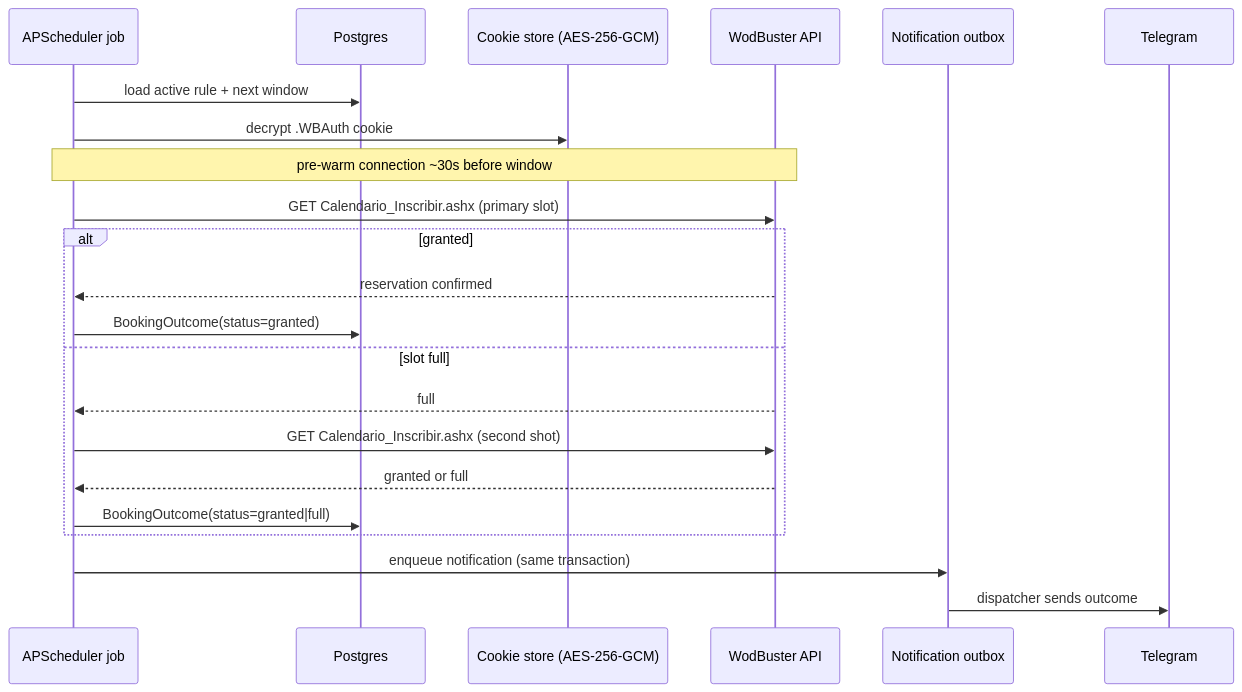
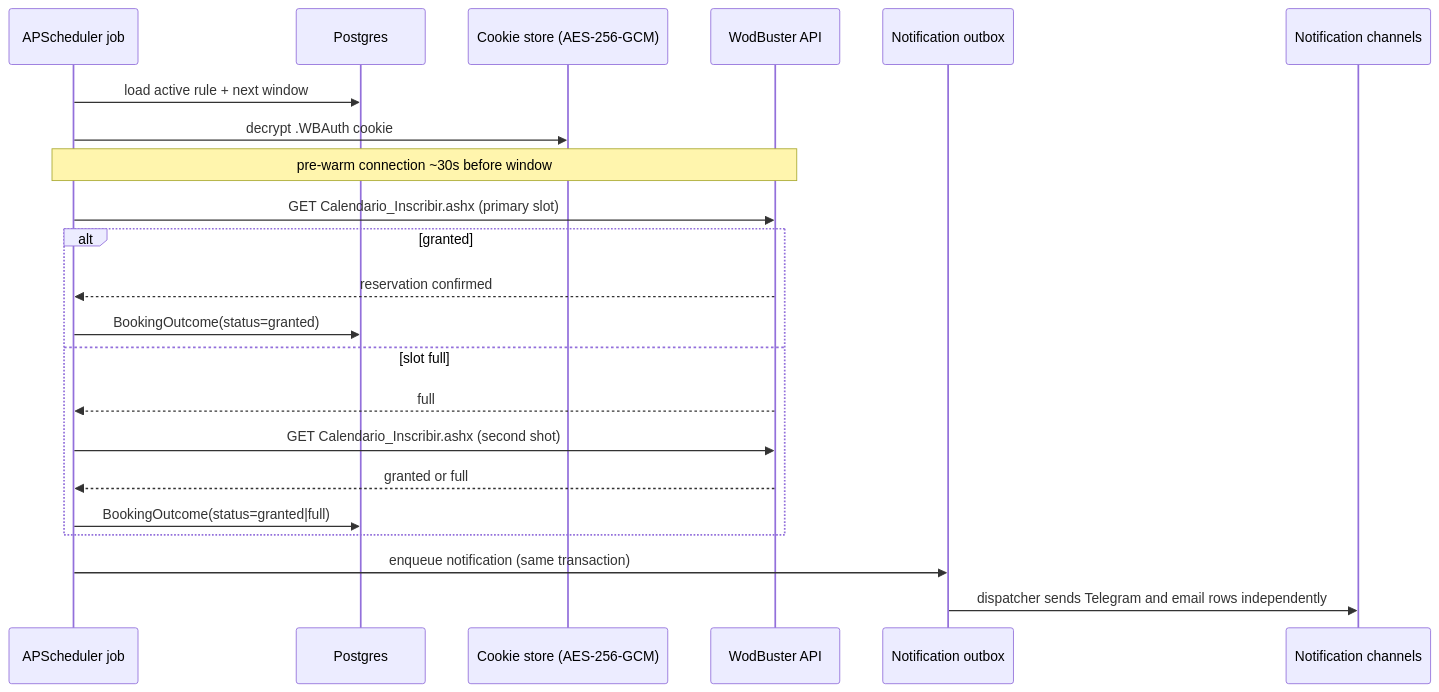
Before and after one commit to jluqueba/wodbuster-booking-scheduler: the second of 4 diagrams in docs/DEVELOPER_GUIDE.md, drawn with Mermaid. The commit also changed other lines of this file and 17 other files, not shown here.

````diff
--- a/docs/DEVELOPER_GUIDE.md
+++ b/docs/DEVELOPER_GUIDE.md
@@ -120,25 +126,25 @@
 ```mermaid
 sequenceDiagram
     participant S as APScheduler job
     participant DB as Postgres
     participant CS as Cookie store (AES-256-GCM)
     participant WB as WodBuster API
     participant OB as Notification outbox
-    participant TG as Telegram
+    participant CH as Notification channels
 
     S->>DB: load active rule + next window
     S->>CS: decrypt .WBAuth cookie
     Note over S,WB: pre-warm connection ~30s before window
     S->>WB: GET Calendario_Inscribir.ashx (primary slot)
     alt granted
         WB-->>S: reservation confirmed
         S->>DB: BookingOutcome(status=granted)
     else slot full
         WB-->>S: full
         S->>WB: GET Calendario_Inscribir.ashx (second shot)
         WB-->>S: granted or full
         S->>DB: BookingOutcome(status=granted|full)
     end
     S->>OB: enqueue notification (same transaction)
-    OB->>TG: dispatcher sends outcome
+    OB->>CH: dispatcher sends Telegram and email rows independently
 ```
````
